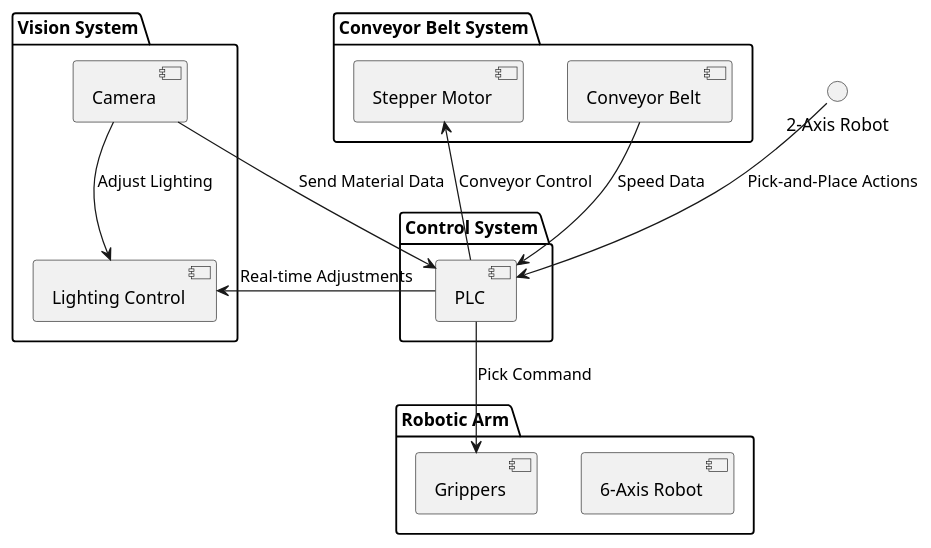
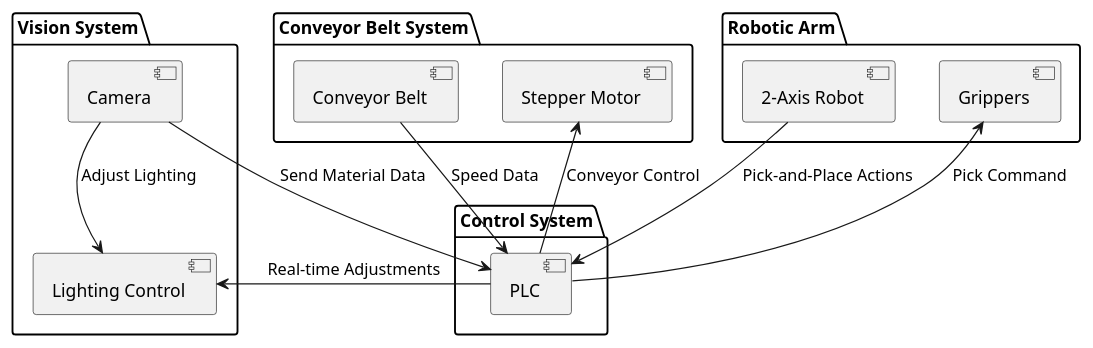
Before and after one commit to MetalRecyclingSaxion/Project: the first of 2 diagrams in src/4.1BlueprintDiagram.md, drawn with PlantUML.

Commit message:
Fixed a typo

````diff
--- a/src/4.1BlueprintDiagram.md
+++ b/src/4.1BlueprintDiagram.md
@@ -3,30 +3,30 @@
 ```plantuml
 @startuml
 package "Vision System" {
   component Camera
   component "Lighting Control"
 }
 
 package "Conveyor Belt System" {
   component "Conveyor Belt"
   component "Stepper Motor"
 }
 
 package "Robotic Arm" {
-  component "6-Axis Robot"
+  component "2-Axis Robot"
   component "Grippers"
 }
 
 package "Control System" {
   component "PLC"
 }
 
 Camera --> "Lighting Control": Adjust Lighting
 Camera --> PLC: Send Material Data
 "Conveyor Belt" --> PLC: Speed Data
 "2-Axis Robot" --> PLC: Pick-and-Place Actions
 "PLC" --> "Lighting Control": Real-time Adjustments
 "PLC" --> "Stepper Motor": Conveyor Control
 "PLC" --> "Grippers": Pick Command
 @enduml
 ```
````
